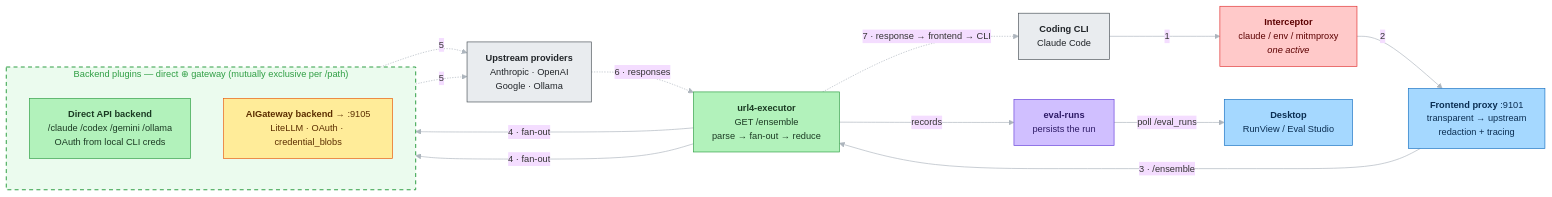
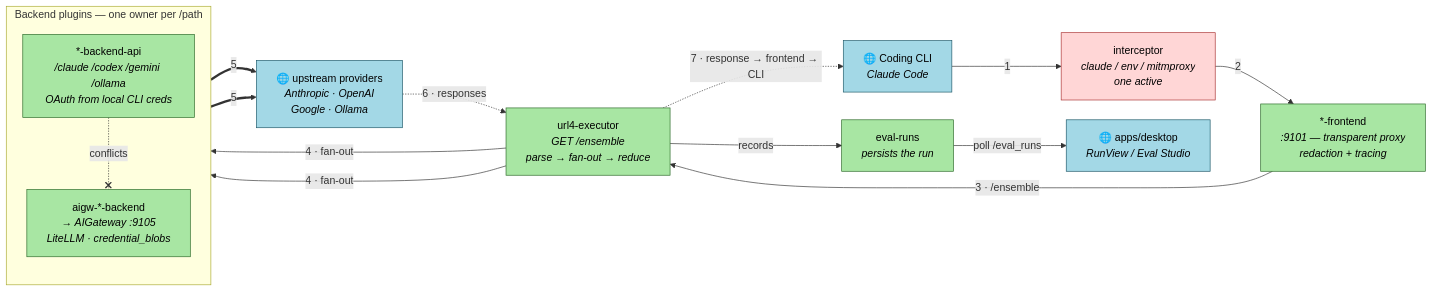
One commit to OpenMined/screamingface changed the second of 2 diagrams in docs/ARCHITECTURE.md. Above: the diagram before and after it, drawn with Mermaid. The commit also changed other lines of this file, not shown here.

First line of the commit message:
docs: restyle ARCHITECTURE.md mermaid diagrams to repo convention (SF-346)

````diff
--- a/docs/ARCHITECTURE.md
+++ b/docs/ARCHITECTURE.md
@@ -149,34 +164,44 @@
 ```mermaid
-%%{init: {'theme':'base','themeVariables':{'fontFamily':'ui-sans-serif, system-ui, -apple-system, sans-serif','fontSize':'14px','lineColor':'#adb5bd'},'flowchart':{'curve':'basis','htmlLabels':true,'padding':14,'nodeSpacing':50,'rankSpacing':70}}}%%
+%%{init: {'flowchart': {'rankSpacing': 60, 'nodeSpacing': 30}}}%%
 flowchart LR
-  CLI["<b>Coding CLI</b><br/>Claude Code"]:::slate
-  ICPT["<b>Interceptor</b><br/>claude / env / mitmproxy<br/><i>one active</i>"]:::red
-  FE["<b>Frontend proxy</b> :9101<br/>transparent → upstream<br/>redaction + tracing"]:::cyan
-  EX["<b>url4-executor</b><br/>GET /ensemble<br/>parse → fan-out → reduce"]:::green
-  PROV["<b>Upstream providers</b><br/>Anthropic · OpenAI<br/>Google · Ollama"]:::slate
-  EV["<b>eval-runs</b><br/>persists the run"]:::violet
-  DESK["<b>Desktop</b><br/>RunView / Eval Studio"]:::cyan
+    %% ── Client side ───────────────────────────────────────────────────
+    cli["🌐 Coding CLI<br/><i>Claude Code</i>"]
+    interceptor["interceptor<br/><i>claude / env / mitmproxy<br/>one active</i>"]
+    frontend["*-frontend<br/><i>:9101 — transparent proxy<br/>redaction + tracing</i>"]
+    executor["url4-executor<br/><i>GET /ensemble<br/>parse → fan-out → reduce</i>"]
 
-  subgraph BE["&nbsp; Backend plugins — direct ⊕ gateway (mutually exclusive per /path) &nbsp;"]
-    direction TB
-    DIRECT["<b>Direct API backend</b><br/>/claude /codex /gemini /ollama<br/>OAuth from local CLI creds"]:::green
-    AIGW["<b>AIGateway backend</b> → :9105<br/>LiteLLM · OAuth · credential_blobs"]:::amber
-  end
+    %% ── Backend plugins (mutex per /path) ─────────────────────────────
+    subgraph BE["Backend plugins — one owner per /path"]
+        direction TB
+        direct_backend["*-backend-api<br/><i>/claude /codex /gemini /ollama<br/>OAuth from local CLI creds</i>"]
+        aigw_backend["aigw-*-backend<br/><i>→ AIGateway :9105<br/>LiteLLM · credential_blobs</i>"]
+    end
 
-  CLI -->|1| ICPT -->|2| FE -->|"3 · /ensemble"| EX
-  EX -->|"4 · fan-out"| DIRECT
-  EX -->|"4 · fan-out"| AIGW
-  DIRECT -.->|5| PROV
-  AIGW -.->|5| PROV
-  PROV -.->|"6 · responses"| EX
-  EX -.->|"7 · response → frontend → CLI"| CLI
-  EX -->|records| EV -->|"poll /eval_runs"| DESK
+    %% ── Downstream ────────────────────────────────────────────────────
+    providers["🌐 upstream providers<br/><i>Anthropic · OpenAI<br/>Google · Ollama</i>"]
+    eval_runs["eval-runs<br/><i>persists the run</i>"]
+    desktop["🌐 apps/desktop<br/><i>RunView / Eval Studio</i>"]
 
-  classDef slate fill:#e9ecef,stroke:#495057,color:#212529;
-  classDef red fill:#ffc9c9,stroke:#e03131,color:#5c0000;
-  classDef cyan fill:#a5d8ff,stroke:#1971c2,color:#0b2e52;
-  classDef green fill:#b2f2bb,stroke:#2f9e44,color:#1b3a23;
-  classDef amber fill:#ffec99,stroke:#e8590c,color:#5c2e00;
-  classDef violet fill:#d0bfff,stroke:#6741d9,color:#2d1a66;
-  style BE fill:#ebfbee,stroke:#2f9e44,stroke-width:1.5px,stroke-dasharray:6 5,color:#2f9e44;
+    %% ── Request path ──────────────────────────────────────────────────
+    cli -->|1| interceptor -->|2| frontend -->|"3 · /ensemble"| executor
+    executor -->|"4 · fan-out"| direct_backend
+    executor -->|"4 · fan-out"| aigw_backend
+
+    %% ── Runtime call edges + response path ────────────────────────────
+    direct_backend ==>|5| providers
+    aigw_backend ==>|5| providers
+    providers -.->|"6 · responses"| executor
+    executor -.->|"7 · response → frontend → CLI"| cli
+    executor -->|records| eval_runs -->|"poll /eval_runs"| desktop
+
+    %% ── Conflicts (mutex relations) ───────────────────────────────────
+    direct_backend -.-x|conflicts| aigw_backend
+
+    classDef standalone fill:#a8e6a3,stroke:#2d6a2a,color:#000
+    classDef external fill:#a3d8e6,stroke:#1e5868,color:#000
+    classDef mutex fill:#ffd6d6,stroke:#a33,color:#000
+
+    class frontend,executor,direct_backend,aigw_backend,eval_runs standalone
+    class cli,providers,desktop external
+    class interceptor mutex
 ```
````
